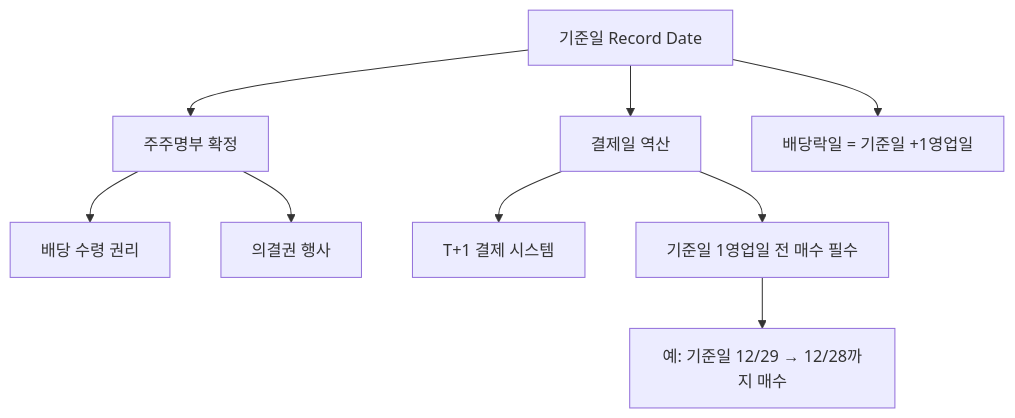
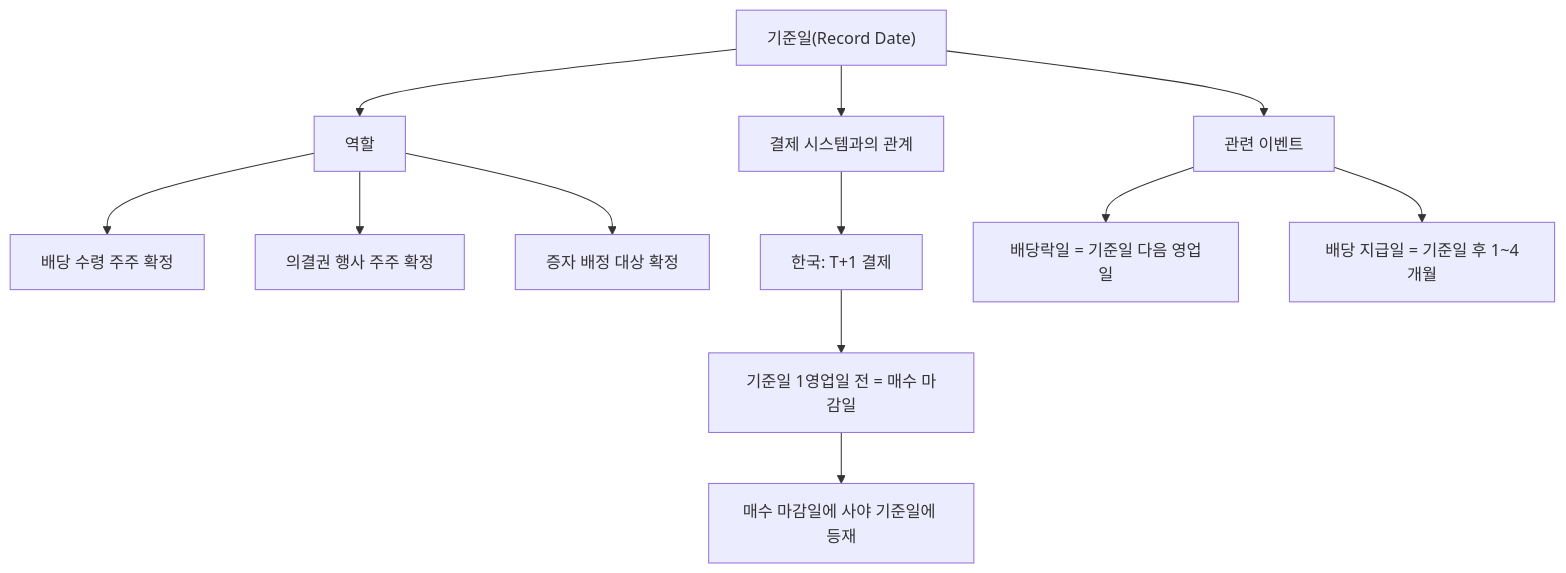
The diagram in content/stock-terms/ko/level-06-events/record-date.md (yeongseon/stock-visual-note), drawn with Mermaid before and after one commit. The commit also changed other lines of this file and 1 other file, not shown here.

Commit message:
content: rewrite payout-ratio, record-date — deeper scenarios, richer Mermaid diagrams, blog tone

````diff
--- a/content/stock-terms/ko/level-06-events/record-date.md
+++ b/content/stock-terms/ko/level-06-events/record-date.md
@@ -39,12 +47,15 @@
 ```mermaid
 graph TD
-    A["기준일 Record Date"]
-    A --> B["주주명부 확정"]
-    A --> C["결제일 역산"]
-    B --> B1["배당 수령 권리"]
-    B --> B2["의결권 행사"]
-    C --> C1["T+1 결제 시스템"]
-    C --> C2["기준일 1영업일 전 매수 필수"]
-    C2 --> D["예: 기준일 12/29 → 12/28까지 매수"]
-    A --> E["배당락일 = 기준일 +1영업일"]
+    A["기준일(Record Date)"]
+    A --> B["역할"]
+    A --> C["결제 시스템과의 관계"]
+    A --> D["관련 이벤트"]
+    B --> B1["배당 수령 주주 확정"]
+    B --> B2["의결권 행사 주주 확정"]
+    B --> B3["증자 배정 대상 확정"]
+    C --> C1["한국: T+1 결제"]
+    C1 --> C2["기준일 1영업일 전 = 매수 마감일"]
+    C2 --> C3["매수 마감일에 사야 기준일에 등재"]
+    D --> D1["배당락일 = 기준일 다음 영업일"]
+    D --> D2["배당 지급일 = 기준일 후 1~4개월"]
 ```
````
